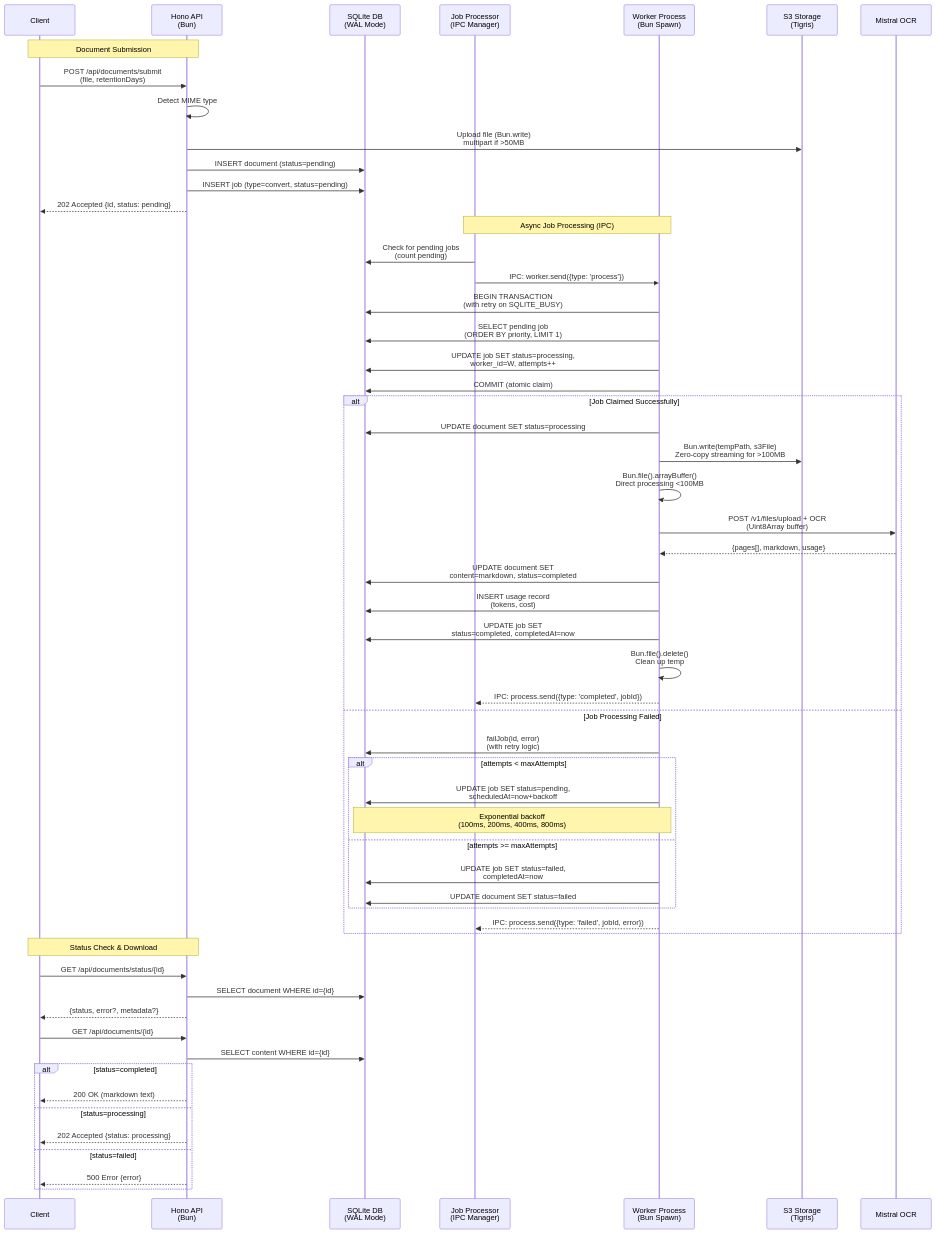
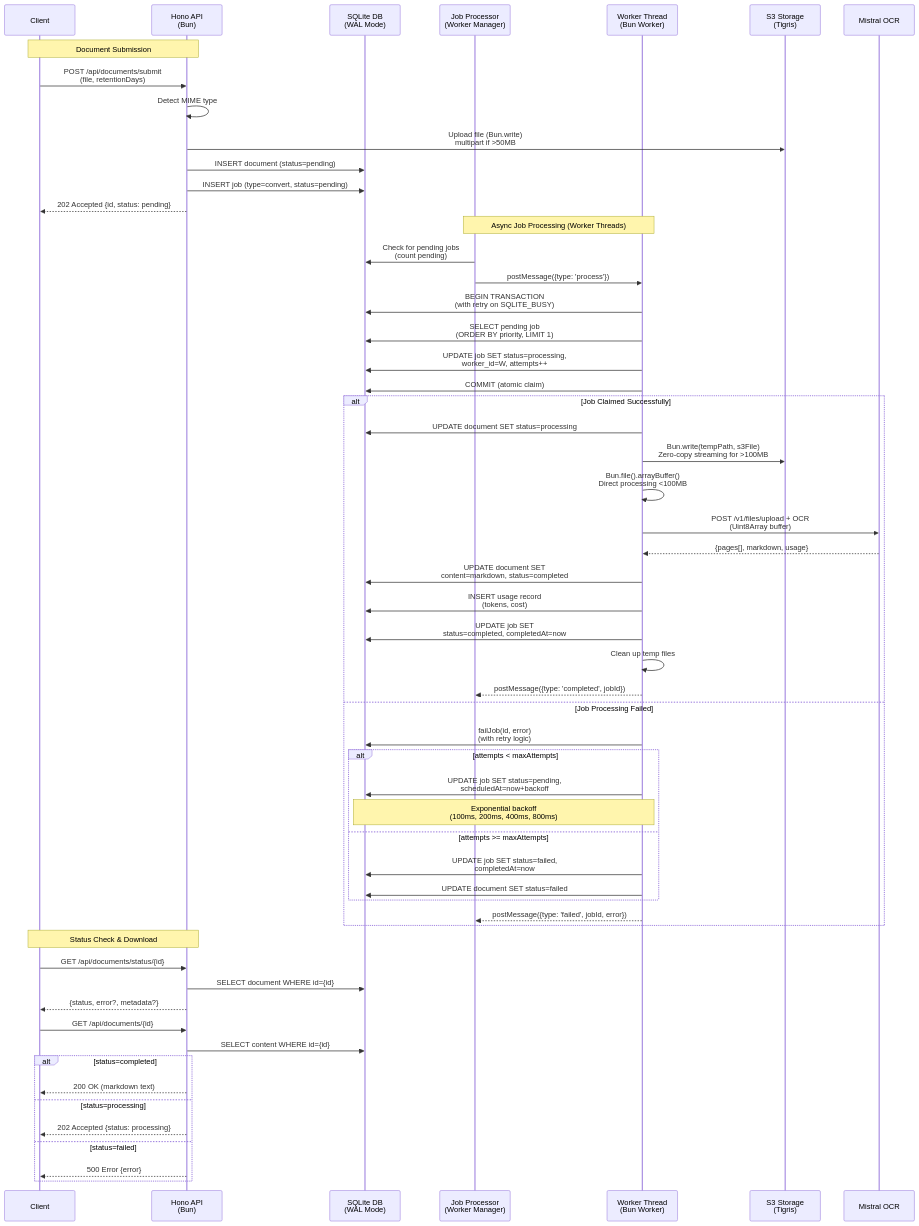
One commit to tobalo/ilios changed the second of 4 diagrams in README.md. Above: the diagram before and after it, drawn with Mermaid. The commit also changed other lines of this file, not shown here.

Commit message:
docs: updated with bun worker api

````diff
--- a/README.md
+++ b/README.md
@@ -190,65 +190,65 @@
 ```mermaid
 sequenceDiagram
     participant C as Client
     participant API as Hono API<br/>(Bun)
     participant DB as SQLite DB<br/>(WAL Mode)
-    participant JP as Job Processor<br/>(IPC Manager)
-    participant W as Worker Process<br/>(Bun Spawn)
+    participant JP as Job Processor<br/>(Worker Manager)
+    participant W as Worker Thread<br/>(Bun Worker)
     participant S3 as S3 Storage<br/>(Tigris)
     participant M as Mistral OCR
 
     Note over C,API: Document Submission
     C->>API: POST /api/documents/submit<br/>(file, retentionDays)
     API->>API: Detect MIME type
     API->>S3: Upload file (Bun.write)<br/>multipart if >50MB
     API->>DB: INSERT document (status=pending)
     API->>DB: INSERT job (type=convert, status=pending)
     API-->>C: 202 Accepted {id, status: pending}
 
-    Note over JP,W: Async Job Processing (IPC)
+    Note over JP,W: Async Job Processing (Worker Threads)
     JP->>DB: Check for pending jobs<br/>(count pending)
-    JP->>W: IPC: worker.send({type: 'process'})
+    JP->>W: postMessage({type: 'process'})
     
     W->>DB: BEGIN TRANSACTION<br/>(with retry on SQLITE_BUSY)
     W->>DB: SELECT pending job<br/>(ORDER BY priority, LIMIT 1)
     W->>DB: UPDATE job SET status=processing,<br/>worker_id=W, attempts++
     W->>DB: COMMIT (atomic claim)
     
     alt Job Claimed Successfully
         W->>DB: UPDATE document SET status=processing
         W->>S3: Bun.write(tempPath, s3File)<br/>Zero-copy streaming for >100MB
         W->>W: Bun.file().arrayBuffer()<br/>Direct processing <100MB
         W->>M: POST /v1/files/upload + OCR<br/>(Uint8Array buffer)
         M-->>W: {pages[], markdown, usage}
         W->>DB: UPDATE document SET<br/>content=markdown, status=completed
         W->>DB: INSERT usage record<br/>(tokens, cost)
         W->>DB: UPDATE job SET<br/>status=completed, completedAt=now
-        W->>W: Bun.file().delete()<br/>Clean up temp
-        W-->>JP: IPC: process.send({type: 'completed', jobId})
+        W->>W: Clean up temp files
+        W-->>JP: postMessage({type: 'completed', jobId})
     else Job Processing Failed
         W->>DB: failJob(id, error)<br/>(with retry logic)
         alt attempts < maxAttempts
             W->>DB: UPDATE job SET status=pending,<br/>scheduledAt=now+backoff
             Note over W,DB: Exponential backoff<br/>(100ms, 200ms, 400ms, 800ms)
         else attempts >= maxAttempts
             W->>DB: UPDATE job SET status=failed,<br/>completedAt=now
             W->>DB: UPDATE document SET status=failed
         end
-        W-->>JP: IPC: process.send({type: 'failed', jobId, error})
+        W-->>JP: postMessage({type: 'failed', jobId, error})
     end
 
     Note over C,API: Status Check & Download
     C->>API: GET /api/documents/status/{id}
     API->>DB: SELECT document WHERE id={id}
     API-->>C: {status, error?, metadata?}
 
     C->>API: GET /api/documents/{id}
     API->>DB: SELECT content WHERE id={id}
     alt status=completed
         API-->>C: 200 OK (markdown text)
     else status=processing
         API-->>C: 202 Accepted {status: processing}
     else status=failed
         API-->>C: 500 Error {error}
     end
 ```
````
